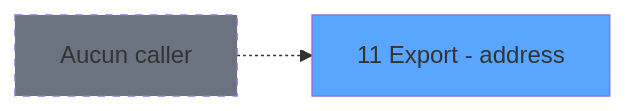
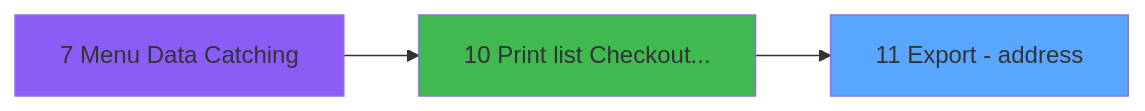
The second of 3 diagrams in .openspec/specs/ADH-IDE-11.md (thonyAGP/magic-migration), drawn with Mermaid before and after one commit. The commit also changed other lines of this file and 253 other files, not shown here.

````diff
--- a/.openspec/specs/ADH-IDE-11.md
+++ b/.openspec/specs/ADH-IDE-11.md
@@ -160,8 +225,11 @@
 ```mermaid
 graph LR
     T11[11 Export - address]
     style T11 fill:#58a6ff
-    NONE[Aucun caller]
-    NONE -.-> T11
-    style NONE fill:#6b7280,stroke-dasharray: 5 5
+    CC7[7 Menu Data Catching]
+    style CC7 fill:#8b5cf6
+    CC10[10 Print list Checkout...]
+    style CC10 fill:#3fb950
+    CC7 --> CC10
+    CC10 --> T11
 ```
````
